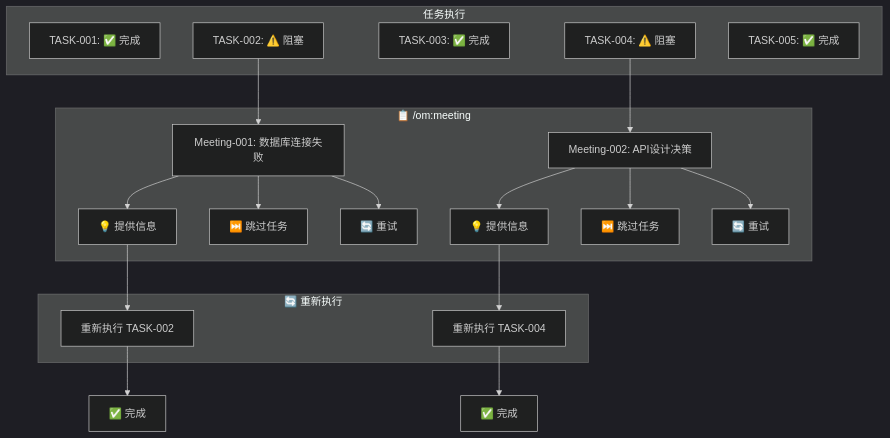
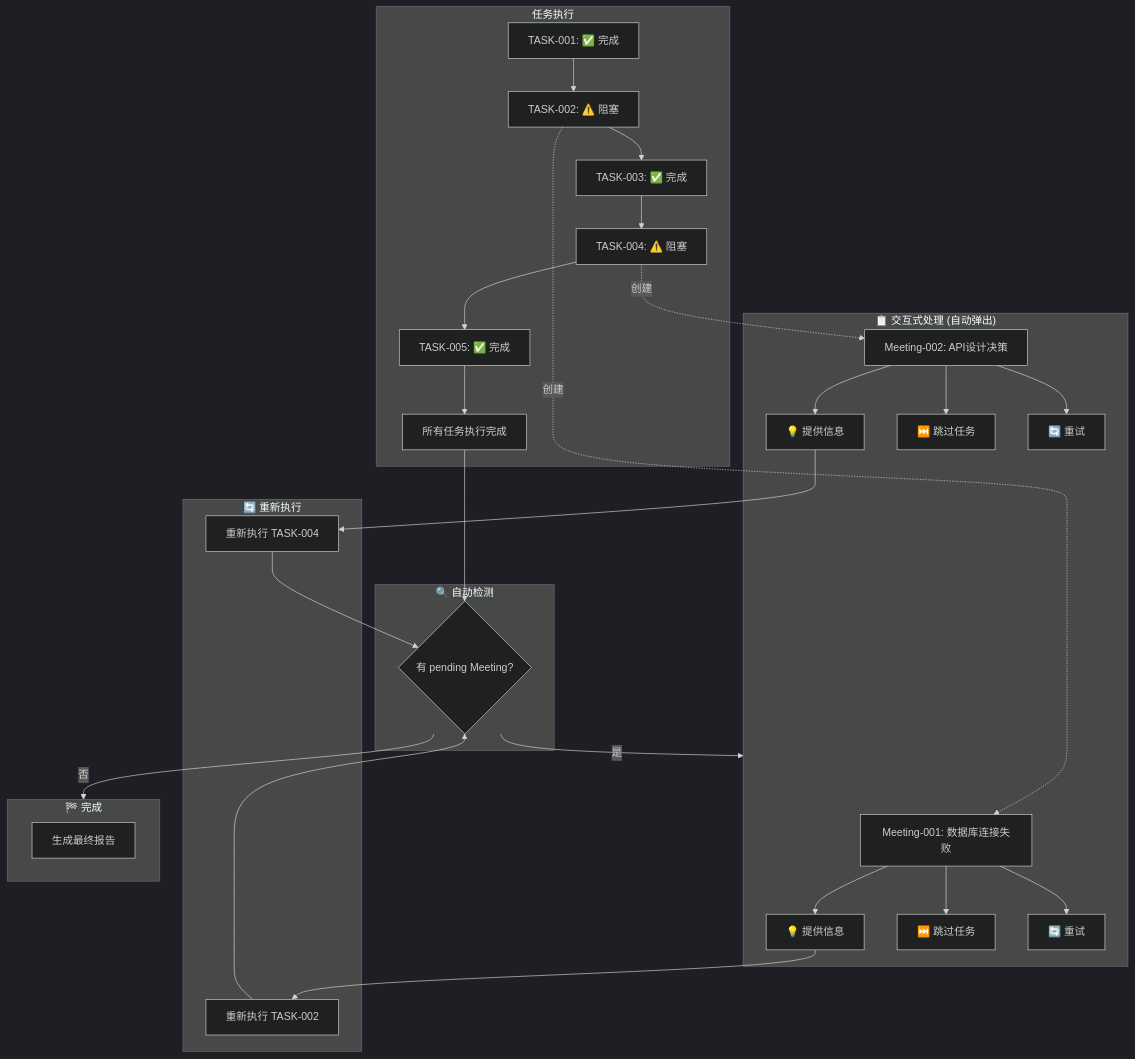
Before and after one commit to bigfish1913/openmatrix: the sixth of 9 diagrams in docs/FLOW.md, drawn with Mermaid (dark theme). The commit also changed other lines of this file and 6 other files, not shown here.

````diff
--- a/docs/FLOW.md
+++ b/docs/FLOW.md
@@ -136,36 +138,48 @@
 ```mermaid
 flowchart TB
     subgraph Exec["任务执行"]
         T1["TASK-001: ✅ 完成"]
         T2["TASK-002: ⚠️ 阻塞"]
         T3["TASK-003: ✅ 完成"]
         T4["TASK-004: ⚠️ 阻塞"]
         T5["TASK-005: ✅ 完成"]
+        E1["所有任务执行完成"]
     end
 
-    subgraph Meeting["📋 /om:meeting"]
+    subgraph Check["🔍 自动检测"]
+        C1{"有 pending Meeting?"}
+    end
+
+    subgraph Meeting["📋 交互式处理 (自动弹出)"]
         M1["Meeting-001: 数据库连接失败"]
         M2["Meeting-002: API设计决策"]
 
         M1 --> M1A["💡 提供信息"]
         M1 --> M1B["⏭️ 跳过任务"]
         M1 --> M1C["🔄 重试"]
 
         M2 --> M2A["💡 提供信息"]
         M2 --> M2B["⏭️ 跳过任务"]
         M2 --> M2C["🔄 重试"]
     end
 
     subgraph Retry["🔄 重新执行"]
         R1["重新执行 TASK-002"]
         R2["重新执行 TASK-004"]
     end
 
-    T2 --> M1
-    T4 --> M2
+    subgraph Done["🏁 完成"]
+        D1["生成最终报告"]
+    end
+
+    T1 --> T2 --> T3 --> T4 --> T5 --> E1
+    E1 --> C1
+    C1 -->|是| Meeting
+    C1 -->|否| Done
+    T2 -.->|创建| M1
+    T4 -.->|创建| M2
     M1A --> R1
     M2A --> R2
-
-    R1 --> Done1["✅ 完成"]
-    R2 --> Done2["✅ 完成"]
+    R1 --> C1
+    R2 --> C1
 ```
````
